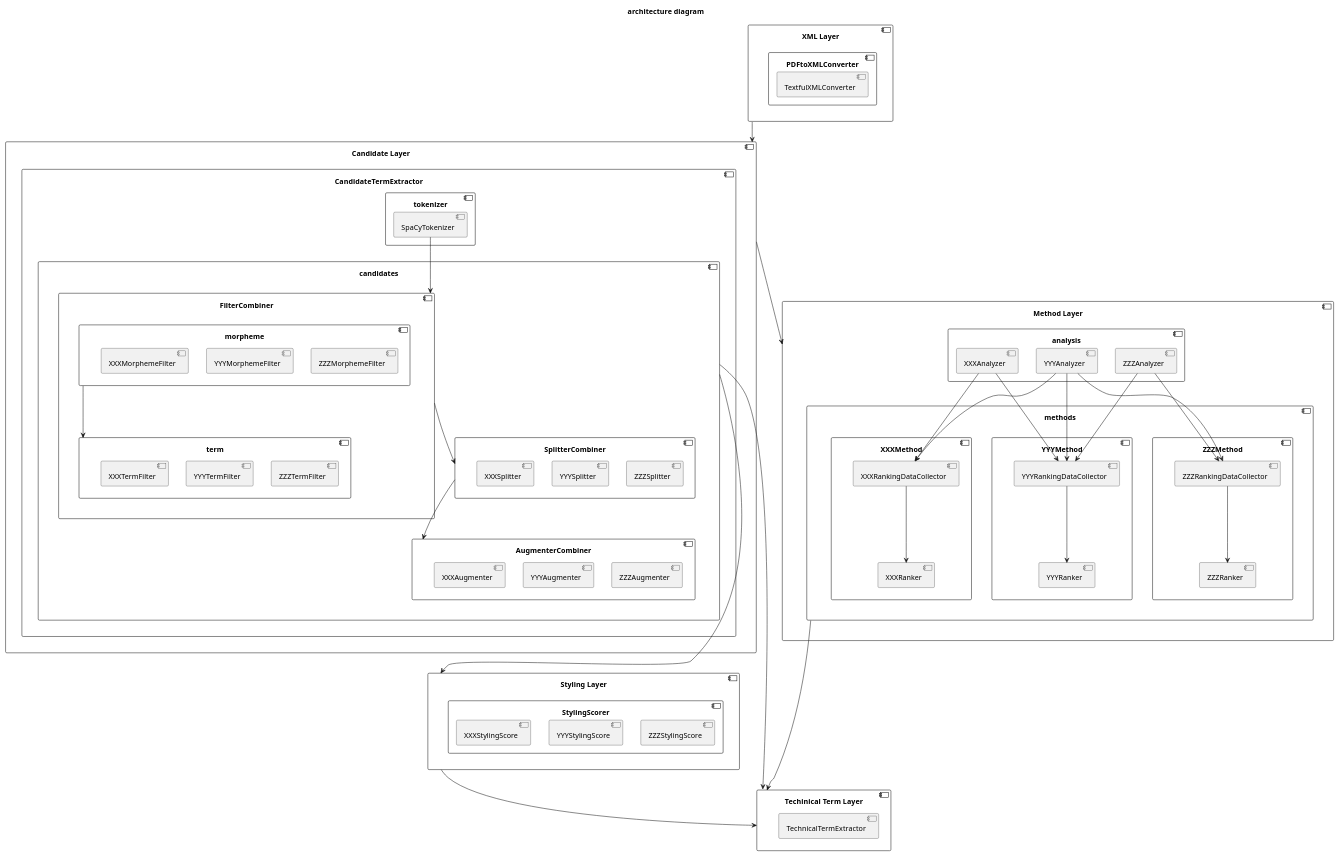
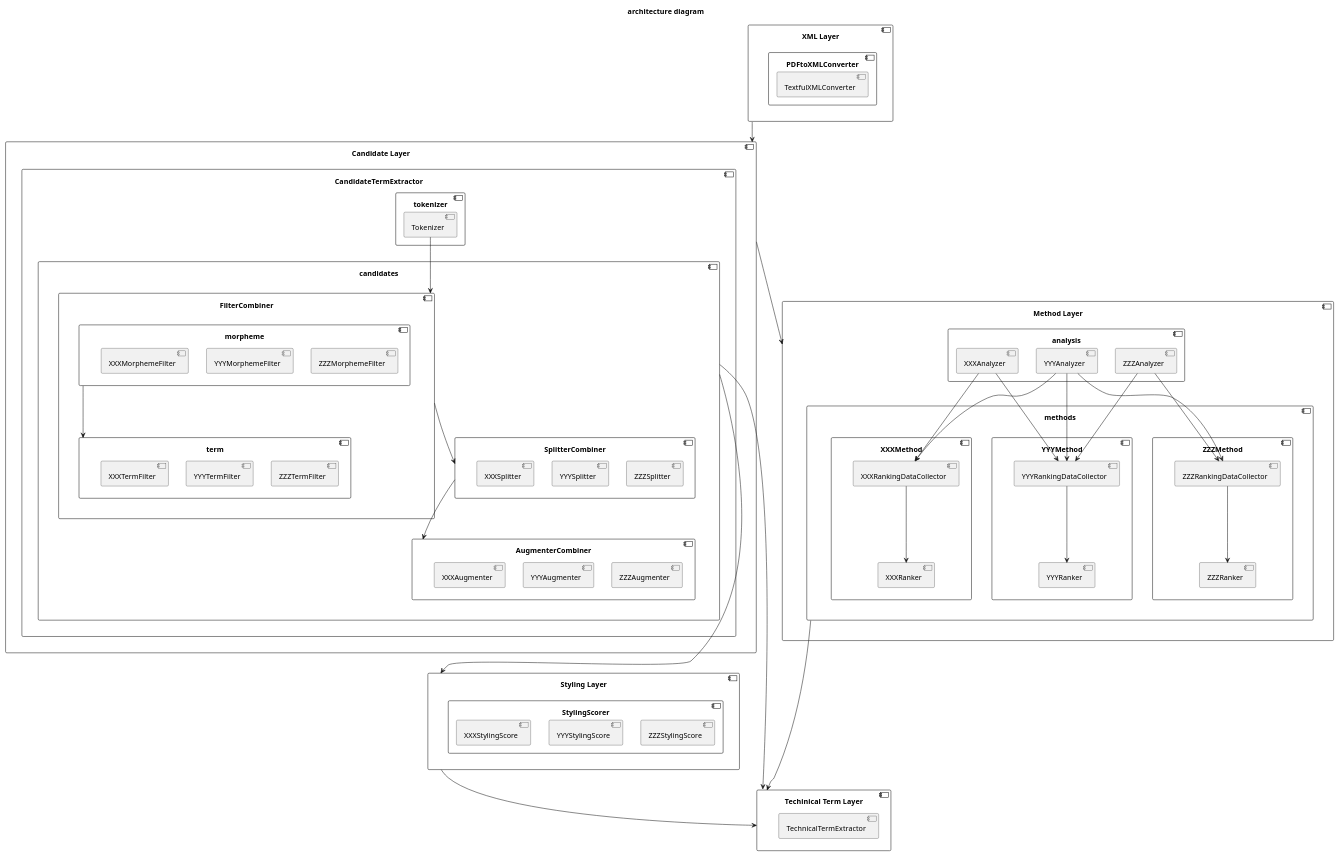
Before and after one commit to kumachan-mis/py-pdf-term: the diagram in docs/architecture.puml, drawn with PlantUML. The commit also changed 51 other files, not shown here.

```diff
--- a/docs/architecture.puml
+++ b/docs/architecture.puml
@@ -1,130 +1,130 @@
 @startuml
 title "architecture diagram"
 
 component "XML Layer" as XMLLayer {
     component PDFtoXMLConverter {
         component TextfulXMLConverter
     }
 }
 
 component "Candidate Layer" as CandidateLayer {
     component CandidateTermExtractor {
         component tokenizer {
-            component SpaCyTokenizer
+            component Tokenizer
         }
 
         component candidates {
             component FilterCombiner {
                 component morpheme {
                     component XXXMorphemeFilter
                     component YYYMorphemeFilter
                     component ZZZMorphemeFilter
 
                     XXXMorphemeFilter -[hidden]right- YYYMorphemeFilter
                     YYYMorphemeFilter -[hidden]right- ZZZMorphemeFilter
                 }
 
                 component term {
                     component XXXTermFilter
                     component YYYTermFilter
                     component ZZZTermFilter
 
                     XXXTermFilter -[hidden]right- YYYTermFilter
                     YYYTermFilter -[hidden]right- ZZZTermFilter
                 }
                 morpheme -down-> term
             }
 
             component SplitterCombiner {
                 component XXXSplitter
                 component YYYSplitter
                 component ZZZSplitter
 
                 XXXSplitter -[hidden]right- YYYSplitter
                 YYYSplitter -[hidden]right- ZZZSplitter
             }
 
             component AugmenterCombiner {
                 component XXXAugmenter
                 component YYYAugmenter
                 component ZZZAugmenter
 
                 XXXAugmenter -[hidden]right- YYYAugmenter
                 YYYAugmenter -[hidden]right- ZZZAugmenter
             }
         }
     }
-    SpaCyTokenizer -down-> FilterCombiner
+    Tokenizer -down-> FilterCombiner
     FilterCombiner -down-> SplitterCombiner
     SplitterCombiner -down-> AugmenterCombiner
     
 }
 
 component "Method Layer" as MethodLayer {
     component analysis {
         component XXXAnalyzer
         component YYYAnalyzer
         component ZZZAnalyzer
 
         XXXAnalyzer -[hidden]right- YYYAnalyzer
         YYYAnalyzer -[hidden]right- ZZZAnalyzer
     }
 
     component methods {
         component XXXMethod {
             component XXXRankingDataCollector
             component XXXRanker
 
             XXXRankingDataCollector -down-> XXXRanker
         }
 
         component YYYMethod {
             component YYYRankingDataCollector
             component YYYRanker
 
             YYYRankingDataCollector -down-> YYYRanker
         }
 
         component ZZZMethod {
             component ZZZRankingDataCollector
             component ZZZRanker
 
             ZZZRankingDataCollector -down-> ZZZRanker
         }
 
         XXXMethod -[hidden]right- YYYMethod
         YYYMethod -[hidden]right- ZZZMethod
     }
 
     XXXAnalyzer -down-> XXXRankingDataCollector
     YYYAnalyzer -down-> XXXRankingDataCollector
     XXXAnalyzer -down-> YYYRankingDataCollector
     YYYAnalyzer -down-> YYYRankingDataCollector
     ZZZAnalyzer -down-> YYYRankingDataCollector
     YYYAnalyzer -down-> ZZZRankingDataCollector
     ZZZAnalyzer -down-> ZZZRankingDataCollector
 }
 
 component "Styling Layer" as StylingLayer {
     component StylingScorer {
         component XXXStylingScore
         component YYYStylingScore
         component ZZZStylingScore
 
         XXXStylingScore -[hidden]right- YYYStylingScore
         YYYStylingScore -[hidden]right- ZZZStylingScore
     }
 }
 
 component "Techinical Term Layer" as TechinicalTermLayer {
     component TechnicalTermExtractor
 }
 
 XMLLayer -down-> CandidateLayer
 CandidateLayer -down-> MethodLayer
 candidates ---down-> StylingLayer
 candidates --down-> TechinicalTermLayer
 methods ---down-> TechinicalTermLayer
 StylingLayer -down-> TechinicalTermLayer
 
 @enduml
```
